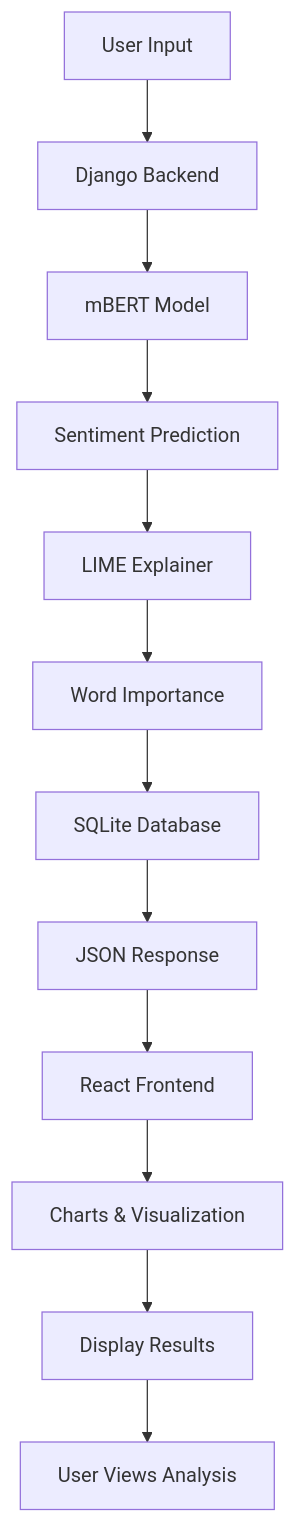
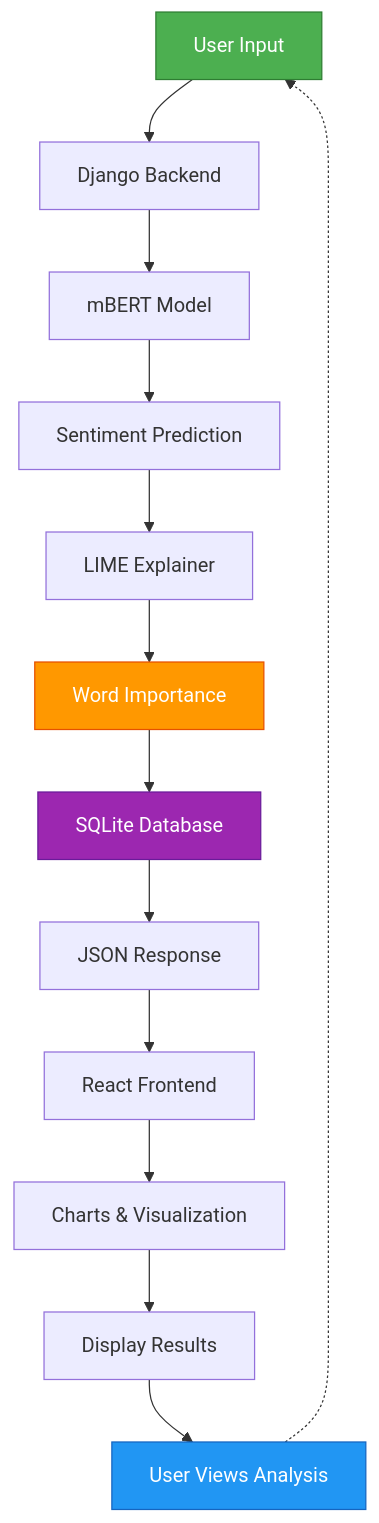
Before and after one commit to alphapie77/BanglaMovieReviewer: the diagram in README.md, drawn with Mermaid.

Commit message:
Add U-shape flow diagram with feedback loop and colors

````diff
--- a/README.md
+++ b/README.md
@@ -217,14 +217,20 @@
 ```mermaid
 graph TD
     A[User Input] --> B[Django Backend]
     B --> C[mBERT Model]
     C --> D[Sentiment Prediction]
     D --> E[LIME Explainer]
     E --> F[Word Importance]
     F --> G[SQLite Database]
     G --> H[JSON Response]
     H --> I[React Frontend]
     I --> J[Charts & Visualization]
     J --> K[Display Results]
     K --> L[User Views Analysis]
+    L -.-> A
+    
+    style A fill:#4CAF50,stroke:#2E7D32,color:#fff
+    style L fill:#2196F3,stroke:#1565C0,color:#fff
+    style F fill:#FF9800,stroke:#E65100,color:#fff
+    style G fill:#9C27B0,stroke:#6A1B9A,color:#fff
 ```
````
